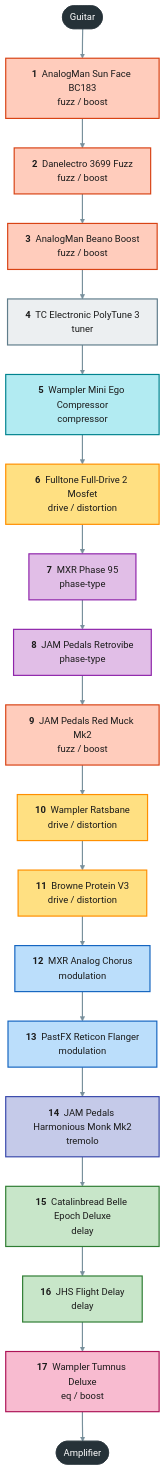
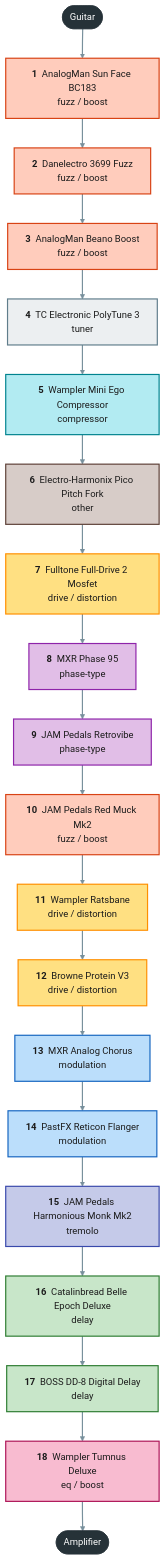
One commit to pedroacvieira/pedalboard changed the diagram in projects/guitar-gig/signal-chain.mmd. Above: the diagram before and after it, drawn with Mermaid. The commit also changed 46 other files, not shown here.

```diff
--- a/projects/guitar-gig/signal-chain.mmd
+++ b/projects/guitar-gig/signal-chain.mmd
@@ -1,32 +1,34 @@
 flowchart TB
     guitar(["Guitar"]):::endpoint
     sun_face["<b>1</b> &nbsp;AnalogMan Sun Face BC183<br/>fuzz / boost"]:::c_fuzz___boost
     danelectro_3699["<b>2</b> &nbsp;Danelectro 3699 Fuzz<br/>fuzz / boost"]:::c_fuzz___boost
     beano["<b>3</b> &nbsp;AnalogMan Beano Boost<br/>fuzz / boost"]:::c_fuzz___boost
     polytune_3["<b>4</b> &nbsp;TC Electronic PolyTune 3<br/>tuner"]:::c_tuner
     mini_ego["<b>5</b> &nbsp;Wampler Mini Ego Compressor<br/>compressor"]:::c_compressor
-    fulldrive_2["<b>6</b> &nbsp;Fulltone Full-Drive 2 Mosfet<br/>drive / distortion"]:::c_drive___distortion
-    phase_95["<b>7</b> &nbsp;MXR Phase 95<br/>phase-type"]:::c_phase_type
-    retrovibe["<b>8</b> &nbsp;JAM Pedals Retrovibe<br/>phase-type"]:::c_phase_type
-    red_muck["<b>9</b> &nbsp;JAM Pedals Red Muck Mk2<br/>fuzz / boost"]:::c_fuzz___boost
-    ratsbane["<b>10</b> &nbsp;Wampler Ratsbane<br/>drive / distortion"]:::c_drive___distortion
-    protein["<b>11</b> &nbsp;Browne Protein V3<br/>drive / distortion"]:::c_drive___distortion
-    analog_chorus["<b>12</b> &nbsp;MXR Analog Chorus<br/>modulation"]:::c_modulation
-    reticon["<b>13</b> &nbsp;PastFX Reticon Flanger<br/>modulation"]:::c_modulation
-    monk["<b>14</b> &nbsp;JAM Pedals Harmonious Monk Mk2<br/>tremolo"]:::c_tremolo
-    belle_epoch["<b>15</b> &nbsp;Catalinbread Belle Epoch Deluxe<br/>delay"]:::c_delay
-    flight_delay["<b>16</b> &nbsp;JHS Flight Delay<br/>delay"]:::c_delay
-    tumnus_deluxe["<b>17</b> &nbsp;Wampler Tumnus Deluxe<br/>eq / boost"]:::c_eq___boost
+    ehx_pico_pitch_fork["<b>6</b> &nbsp;Electro-Harmonix Pico Pitch Fork<br/>other"]:::c_other
+    fulldrive_2["<b>7</b> &nbsp;Fulltone Full-Drive 2 Mosfet<br/>drive / distortion"]:::c_drive___distortion
+    phase_95["<b>8</b> &nbsp;MXR Phase 95<br/>phase-type"]:::c_phase_type
+    retrovibe["<b>9</b> &nbsp;JAM Pedals Retrovibe<br/>phase-type"]:::c_phase_type
+    red_muck["<b>10</b> &nbsp;JAM Pedals Red Muck Mk2<br/>fuzz / boost"]:::c_fuzz___boost
+    ratsbane["<b>11</b> &nbsp;Wampler Ratsbane<br/>drive / distortion"]:::c_drive___distortion
+    protein["<b>12</b> &nbsp;Browne Protein V3<br/>drive / distortion"]:::c_drive___distortion
+    analog_chorus["<b>13</b> &nbsp;MXR Analog Chorus<br/>modulation"]:::c_modulation
+    reticon["<b>14</b> &nbsp;PastFX Reticon Flanger<br/>modulation"]:::c_modulation
+    monk["<b>15</b> &nbsp;JAM Pedals Harmonious Monk Mk2<br/>tremolo"]:::c_tremolo
+    belle_epoch["<b>16</b> &nbsp;Catalinbread Belle Epoch Deluxe<br/>delay"]:::c_delay
+    boss_dd8["<b>17</b> &nbsp;BOSS DD-8 Digital Delay<br/>delay"]:::c_delay
+    tumnus_deluxe["<b>18</b> &nbsp;Wampler Tumnus Deluxe<br/>eq / boost"]:::c_eq___boost
     amp(["Amplifier"]):::endpoint
-    guitar --> sun_face --> danelectro_3699 --> beano --> polytune_3 --> mini_ego --> fulldrive_2 --> phase_95 --> retrovibe --> red_muck --> ratsbane --> protein --> analog_chorus --> reticon --> monk --> belle_epoch --> flight_delay --> tumnus_deluxe --> amp
+    guitar --> sun_face --> danelectro_3699 --> beano --> polytune_3 --> mini_ego --> ehx_pico_pitch_fork --> fulldrive_2 --> phase_95 --> retrovibe --> red_muck --> ratsbane --> protein --> analog_chorus --> reticon --> monk --> belle_epoch --> boss_dd8 --> tumnus_deluxe --> amp
     classDef endpoint fill:#263238,stroke:#263238,color:#ffffff
     classDef c_tuner fill:#eceff1,stroke:#607d8b,stroke-width:2px,color:#1b1b1b
     classDef c_compressor fill:#b2ebf2,stroke:#00838f,stroke-width:2px,color:#1b1b1b
     classDef c_fuzz___boost fill:#ffccbc,stroke:#d84315,stroke-width:2px,color:#1b1b1b
     classDef c_drive___distortion fill:#ffe082,stroke:#ff8f00,stroke-width:2px,color:#1b1b1b
     classDef c_phase_type fill:#e1bee7,stroke:#8e24aa,stroke-width:2px,color:#1b1b1b
     classDef c_modulation fill:#bbdefb,stroke:#1565c0,stroke-width:2px,color:#1b1b1b
     classDef c_tremolo fill:#c5cae9,stroke:#3949ab,stroke-width:2px,color:#1b1b1b
     classDef c_delay fill:#c8e6c9,stroke:#2e7d32,stroke-width:2px,color:#1b1b1b
     classDef c_eq___boost fill:#f8bbd0,stroke:#ad1457,stroke-width:2px,color:#1b1b1b
+    classDef c_other fill:#d7ccc8,stroke:#5d4037,stroke-width:2px,color:#1b1b1b
     linkStyle default stroke:#78909c,stroke-width:2px
```
